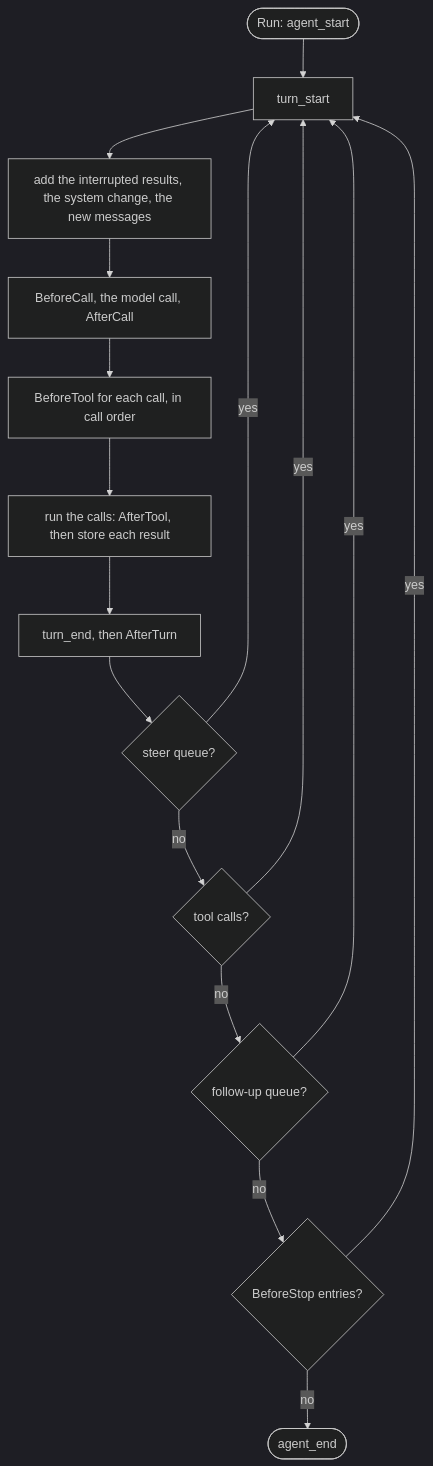
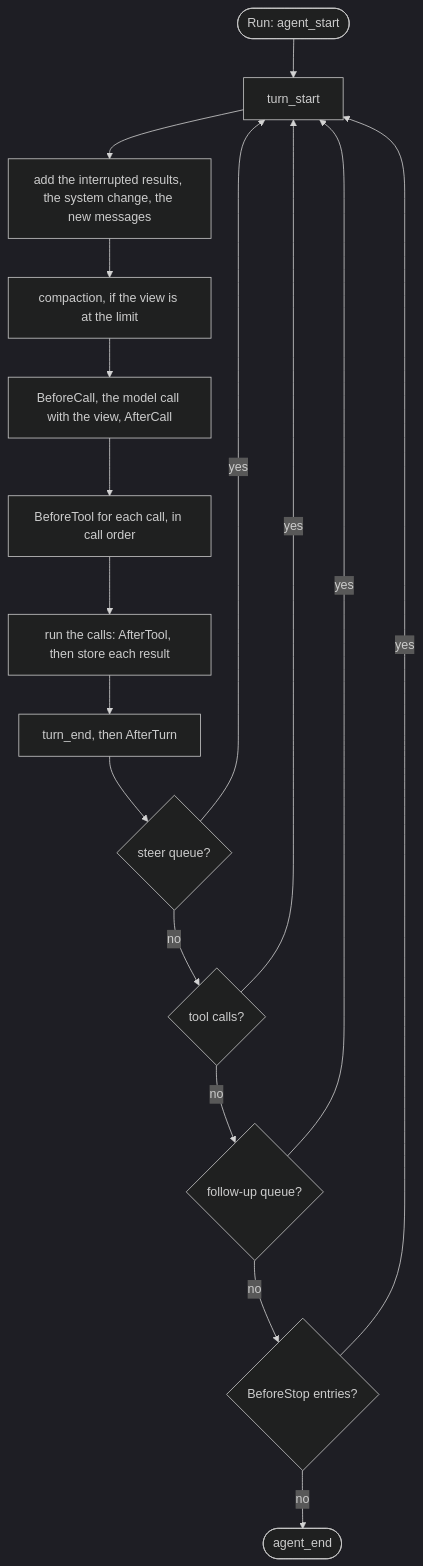
Before and after one commit to sonnes/gopi: the diagram in docs/concepts/agent/loop.md, drawn with Mermaid (dark theme). The commit also changed other lines of this file and 38 other files, not shown here.

````diff
--- a/docs/concepts/agent/loop.md
+++ b/docs/concepts/agent/loop.md
@@ -16,20 +16,21 @@
 ```mermaid
 flowchart TD
   accTitle: The turns of one run
   accDescr: Each turn adds the new messages, calls the model, and runs the tool calls. A steer, a tool call, a follow-up, or a BeforeStop entry starts the next turn.
   run([Run: agent_start]) --> turn[turn_start]
   turn --> add[add the interrupted results, the system change, the new messages]
-  add --> mc[BeforeCall, the model call, AfterCall]
+  add --> compact[compaction, if the view is at the limit]
+  compact --> mc[BeforeCall, the model call with the view, AfterCall]
   mc --> before[BeforeTool for each call, in call order]
   before --> tools[run the calls: AfterTool, then store each result]
   tools --> tend[turn_end, then AfterTurn]
   tend --> steer{steer queue?}
   steer -- yes --> turn
   steer -- no --> calls{tool calls?}
   calls -- yes --> turn
   calls -- no --> follow{follow-up queue?}
   follow -- yes --> turn
   follow -- no --> stop{BeforeStop entries?}
   stop -- yes --> turn
   stop -- no --> fin([agent_end])
 ```
````
